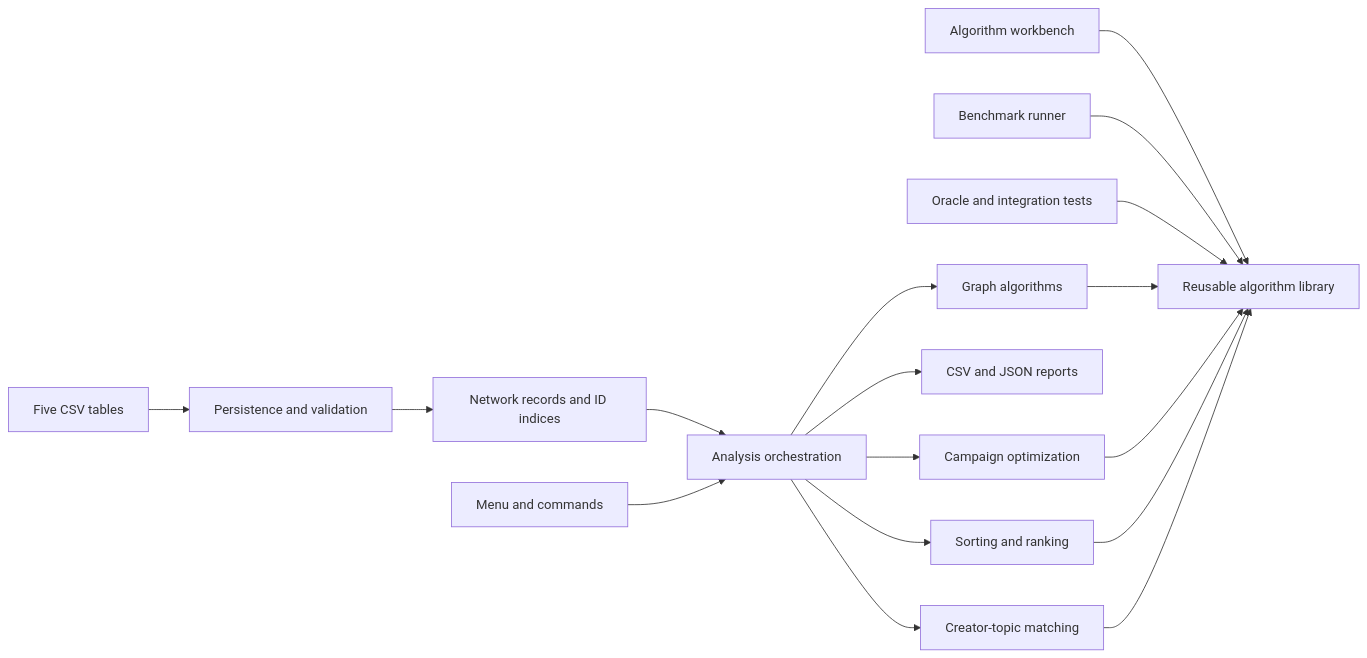
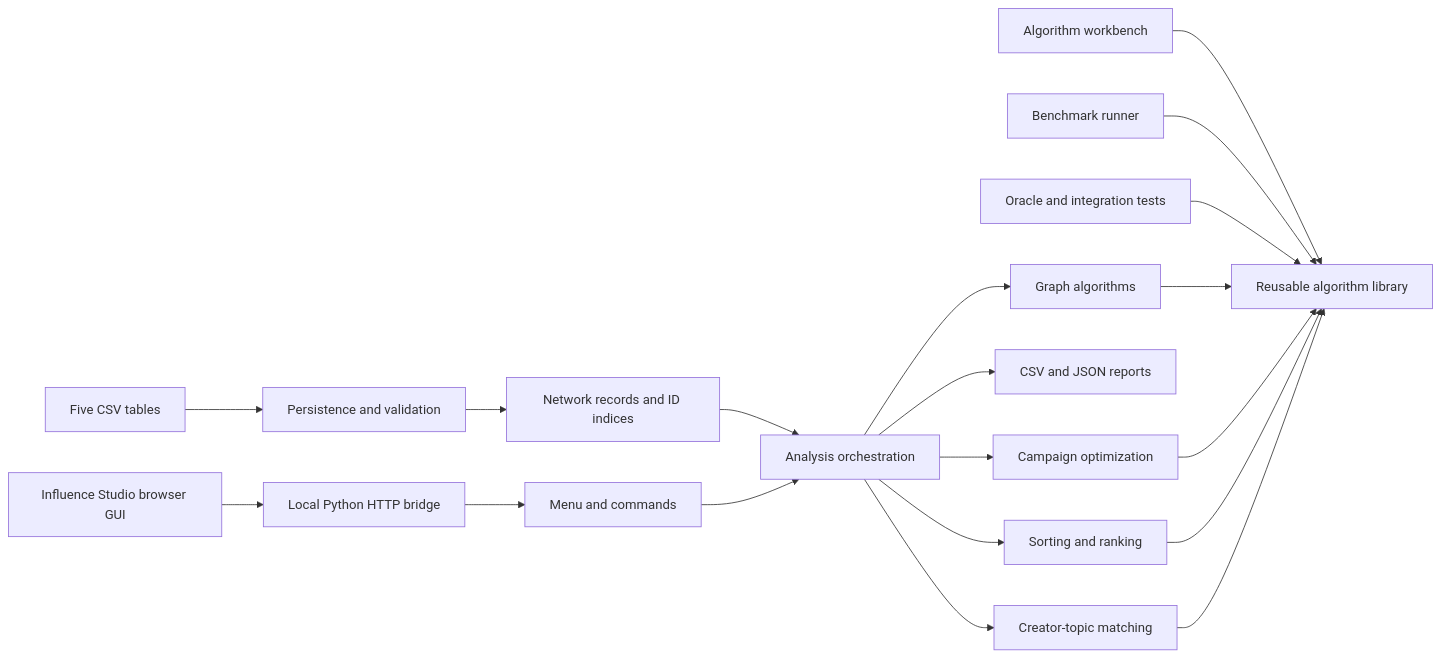
Before and after one commit to Aymuos22/nikita: the diagram in docs/DESIGN.md, drawn with Mermaid. The commit also changed other lines of this file and 21 other files, not shown here.

````diff
--- a/docs/DESIGN.md
+++ b/docs/DESIGN.md
@@ -5,19 +5,21 @@
 ```mermaid
 flowchart LR
   CSV[Five CSV tables] --> IO[Persistence and validation]
   IO --> N[Network records and ID indices]
   N --> A[Analysis orchestration]
   A --> G[Graph algorithms]
   A --> K[Campaign optimization]
   A --> S[Sorting and ranking]
   A --> M[Creator-topic matching]
   A --> E[CSV and JSON reports]
-  CLI[Menu and commands] --> A
+  Browser[Influence Studio browser GUI] --> Bridge[Local Python HTTP bridge]
+  Bridge --> CLI[Menu and commands]
+  CLI --> A
   W[Algorithm workbench] --> L[Reusable algorithm library]
   B[Benchmark runner] --> L
   T[Oracle and integration tests] --> L
   G --> L
   K --> L
   S --> L
   M --> L
 ```
````
